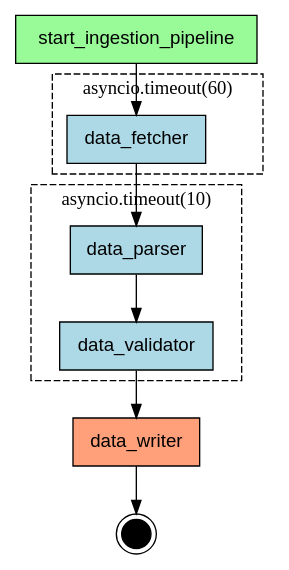
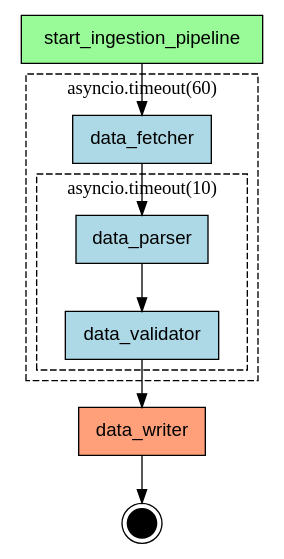
One commit to deliveryhero/asya changed the diagram in examples/flows/compiled/with_nested_timeout_scopes/flow.dot. Above: the diagram before and after it, drawn with Graphviz. The commit also changed 3 other files, not shown here.

First line of the commit message:
fix(compiler): nest overlapping scope subgraphs in DOT/Mermaid diagrams

```diff
--- a/examples/flows/compiled/with_nested_timeout_scopes/flow.dot
+++ b/examples/flows/compiled/with_nested_timeout_scopes/flow.dot
@@ -1,33 +1,31 @@
 digraph "ingestion_pipeline" {
     rankdir=TB;
     node [shape=box, style=filled, fontname="Helvetica"];
 
     { rank=source; start_ingestion_pipeline; }
 
     data_fetcher [label="data_fetcher", fillcolor=lightblue];
     data_parser [label="data_parser", fillcolor=lightblue];
     data_validator [label="data_validator", fillcolor=lightblue];
     data_writer [label="data_writer", fillcolor=lightsalmon];
     start_ingestion_pipeline [label="start_ingestion_pipeline", fillcolor=palegreen];
 
     __end__ [label="", shape=doublecircle, fillcolor=black, width=0.3, fixedsize=true];
 
     start_ingestion_pipeline -> data_fetcher;
     data_fetcher -> data_parser;
     data_parser -> data_validator;
     data_validator -> data_writer;
     data_writer -> __end__;
-    subgraph cluster_asyncio_timeout_10_ {
-        label="asyncio.timeout(10)";
-        style=dashed;
-        data_parser;
-        data_validator;
-    }
     subgraph cluster_asyncio_timeout_60_ {
         label="asyncio.timeout(60)";
         style=dashed;
         data_fetcher;
-        data_parser;
-        data_validator;
+        subgraph cluster_asyncio_timeout_10_ {
+            label="asyncio.timeout(10)";
+            style=dashed;
+            data_parser;
+            data_validator;
+        }
     }
 }
```
